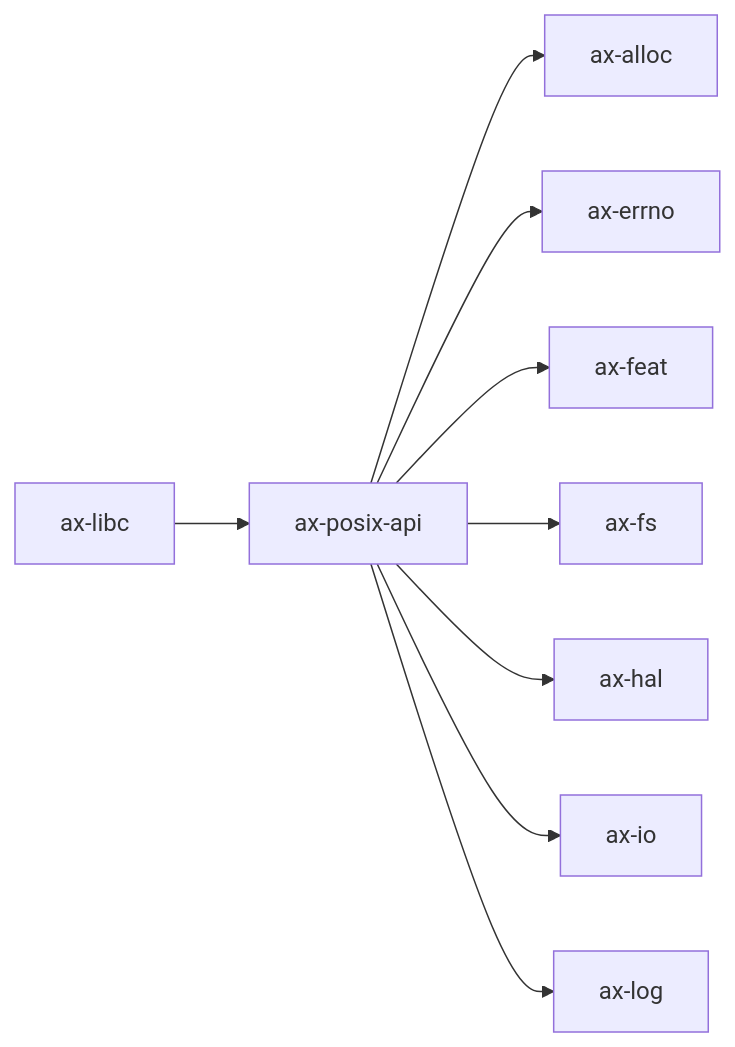
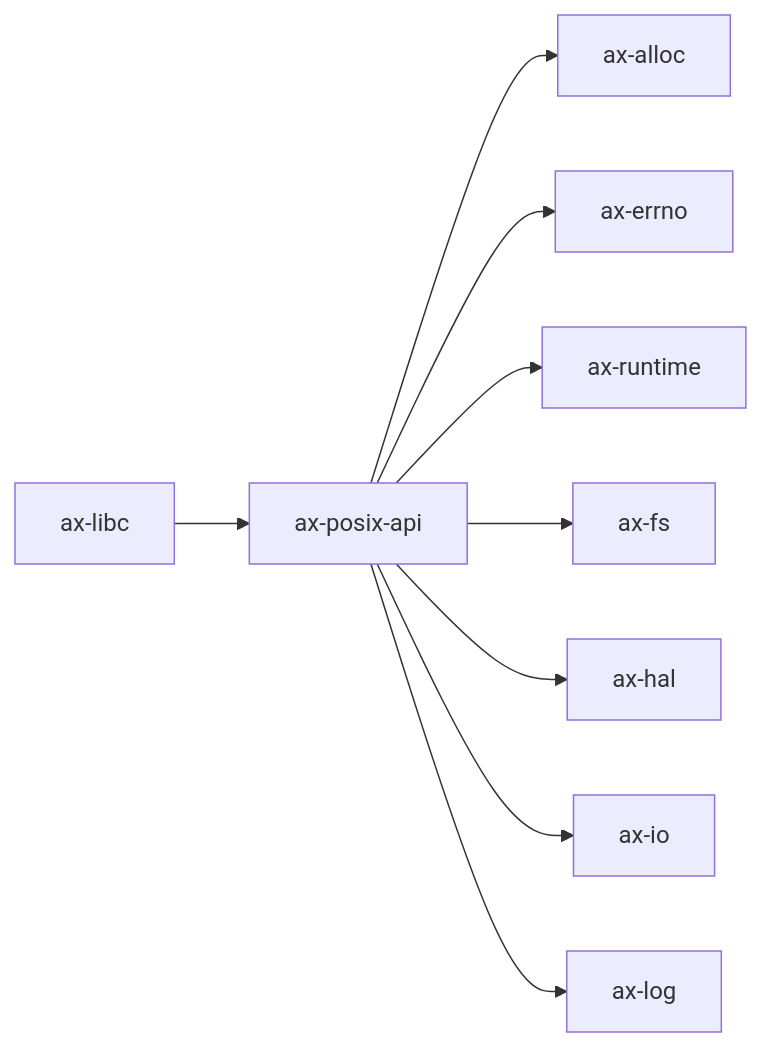
Before and after one commit to rcore-os/tgoskits: the diagram in docs/docs/components/crates/ax-posix-api.md, drawn with Mermaid. The commit also changed other lines of this file and 189 other files, not shown here.

````diff
--- a/docs/docs/components/crates/ax-posix-api.md
+++ b/docs/docs/components/crates/ax-posix-api.md
@@ -33,12 +33,12 @@
 ```mermaid
 graph LR
     current["ax-posix-api"]
     current --> ax-alloc["ax-alloc"]
     current --> ax_errno["ax-errno"]
-    current --> ax-feat["ax-feat"]
+    current --> ax-runtime["ax-runtime"]
     current --> ax-fs["ax-fs"]
     current --> ax-hal["ax-hal"]
     current --> axio["ax-io"]
     current --> ax-log["ax-log"]
     ax_libc["ax-libc"] --> current
 ```
````
